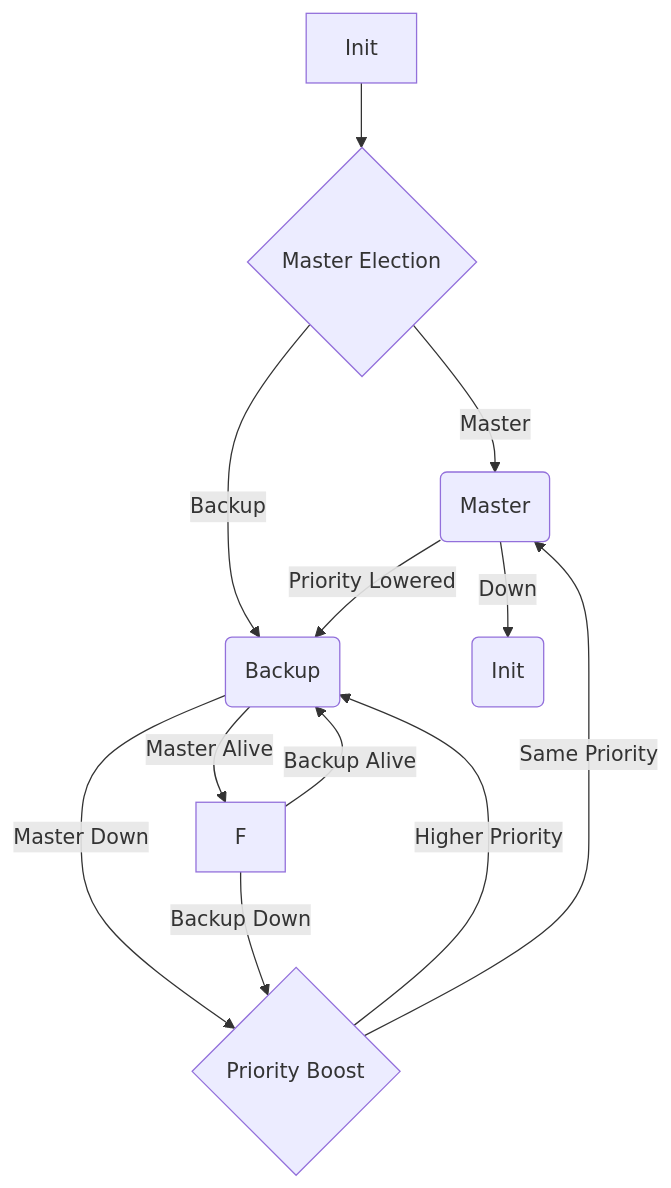
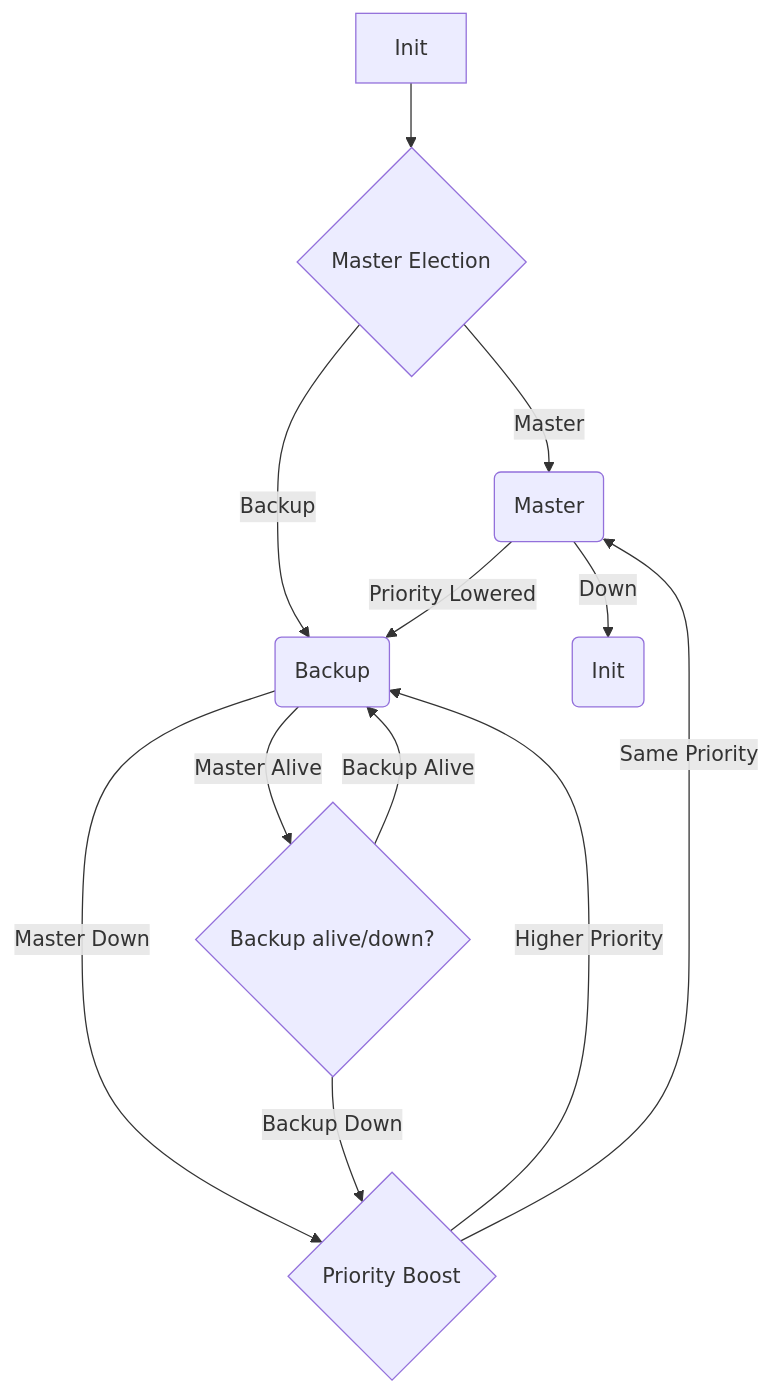
Before and after one commit to emmahone/vrrp-state-machine: the diagram in README.md, drawn with Mermaid.

````diff
--- a/README.md
+++ b/README.md
@@ -3,14 +3,14 @@
 ```mermaid
 graph TD
     A[Init] --> B{Master Election}
     B -->|Master| C(Master)
     B -->|Backup| D(Backup)
     C -->|Priority Lowered| D
     C -->|Down| E(Init)
-    D -->|Master Alive| F
+    D -->|Master Alive| F{Backup alive/down?}
     D -->|Master Down| G{Priority Boost}
     G -->|Higher Priority| D
     G -->|Same Priority| C
     F -->|Backup Alive| D
     F -->|Backup Down| G
 ```
````
